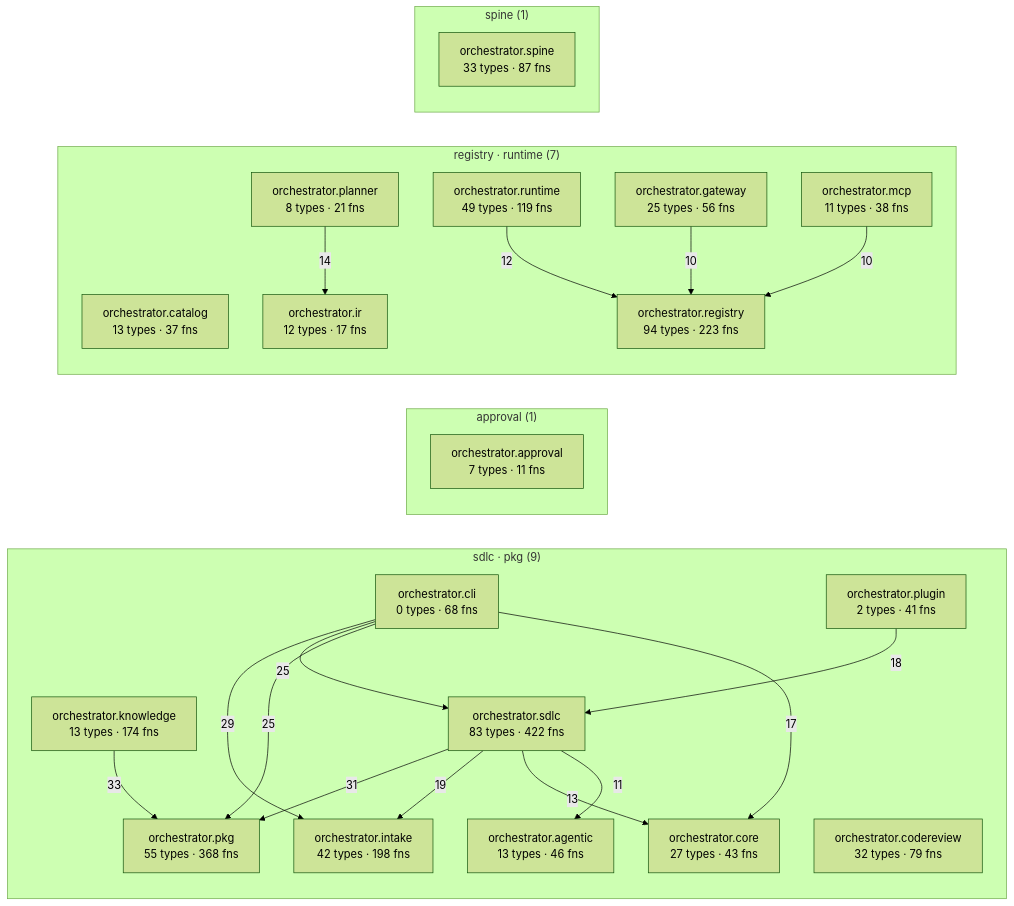
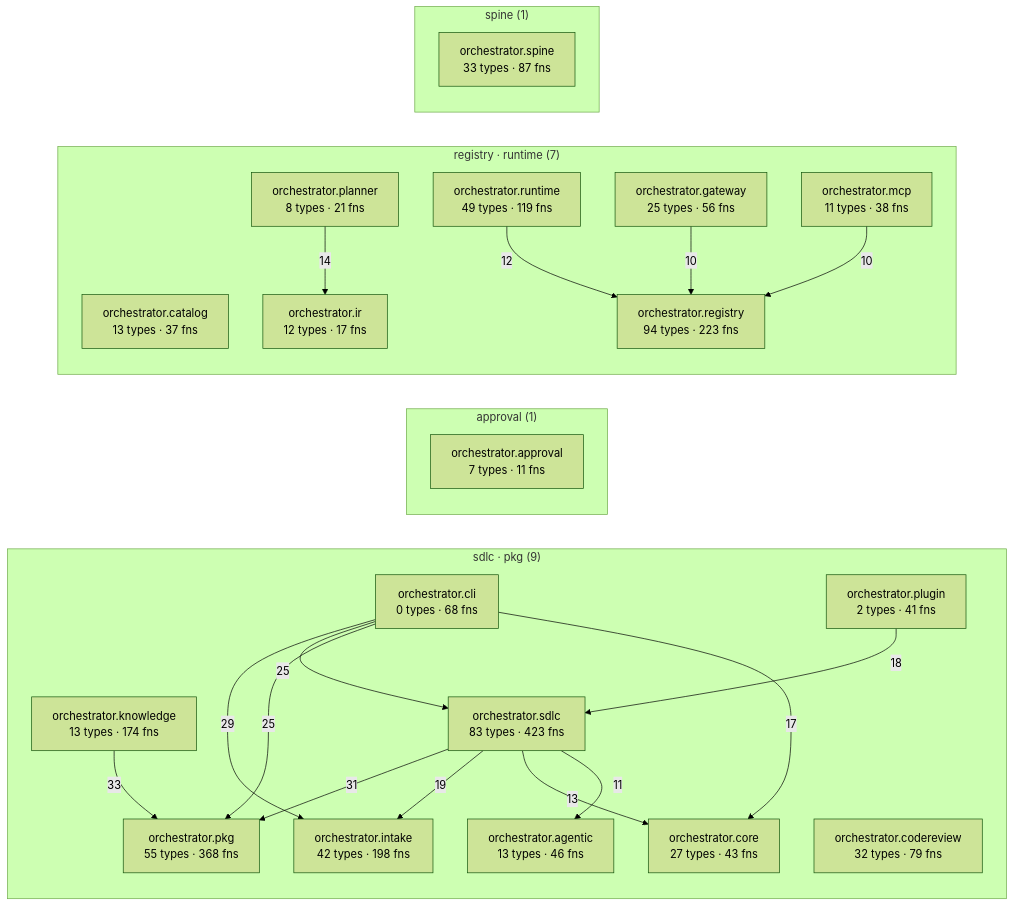
The diagram in episteme/architecture.md (synaptixs/spine), drawn with Mermaid (forest theme) before and after one commit. The commit also changed other lines of this file and 11 other files, not shown here.

````diff
--- a/episteme/architecture.md
+++ b/episteme/architecture.md
@@ -54,43 +54,43 @@
 ```mermaid
 flowchart LR
   subgraph c_1["sdlc · pkg (9)"]
     aorchestratoragentic["orchestrator.agentic<br/>13 types · 46 fns"]
     aorchestratorcli["orchestrator.cli<br/>0 types · 68 fns"]
     aorchestratorcodereview["orchestrator.codereview<br/>32 types · 79 fns"]
     aorchestratorcore["orchestrator.core<br/>27 types · 43 fns"]
     aorchestratorintake["orchestrator.intake<br/>42 types · 198 fns"]
     aorchestratorknowledge["orchestrator.knowledge<br/>13 types · 174 fns"]
     aorchestratorpkg["orchestrator.pkg<br/>55 types · 368 fns"]
     aorchestratorplugin["orchestrator.plugin<br/>2 types · 41 fns"]
-    aorchestratorsdlc["orchestrator.sdlc<br/>83 types · 422 fns"]
+    aorchestratorsdlc["orchestrator.sdlc<br/>83 types · 423 fns"]
   end
   subgraph c_2["approval (1)"]
     aorchestratorapproval["orchestrator.approval<br/>7 types · 11 fns"]
   end
   subgraph c_3["registry · runtime (7)"]
     aorchestratorcatalog["orchestrator.catalog<br/>13 types · 37 fns"]
     aorchestratorgateway["orchestrator.gateway<br/>25 types · 56 fns"]
     aorchestratorir["orchestrator.ir<br/>12 types · 17 fns"]
     aorchestratormcp["orchestrator.mcp<br/>11 types · 38 fns"]
     aorchestratorplanner["orchestrator.planner<br/>8 types · 21 fns"]
     aorchestratorregistry["orchestrator.registry<br/>94 types · 223 fns"]
     aorchestratorruntime["orchestrator.runtime<br/>49 types · 119 fns"]
   end
   subgraph c_10["spine (1)"]
     aorchestratorspine["orchestrator.spine<br/>33 types · 87 fns"]
   end
   aorchestratorknowledge -->|33| aorchestratorpkg
   aorchestratorsdlc -->|31| aorchestratorpkg
   aorchestratorcli -->|29| aorchestratorintake
   aorchestratorcli -->|25| aorchestratorsdlc
   aorchestratorcli -->|25| aorchestratorpkg
   aorchestratorsdlc -->|19| aorchestratorintake
   aorchestratorplugin -->|18| aorchestratorsdlc
   aorchestratorcli -->|17| aorchestratorcore
   aorchestratorplanner -->|14| aorchestratorir
   aorchestratorsdlc -->|13| aorchestratorcore
   aorchestratorruntime -->|12| aorchestratorregistry
   aorchestratorsdlc -->|11| aorchestratoragentic
   aorchestratorgateway -->|10| aorchestratorregistry
   aorchestratormcp -->|10| aorchestratorregistry
 ```
````
